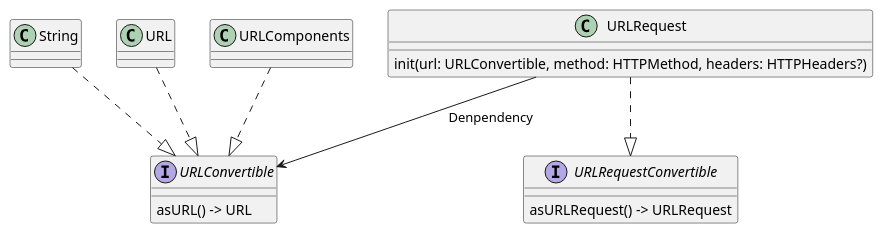
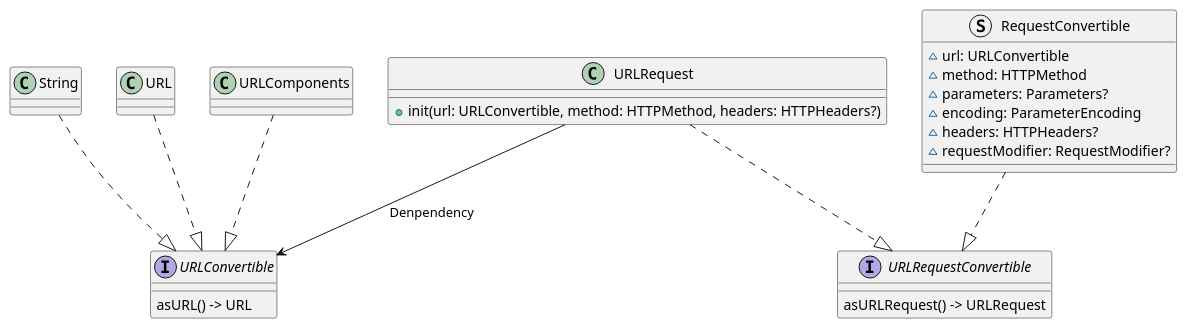
One commit to Huang-Libo/Notebook changed the diagram in Diagram/Alamofire/Alamofire-URLRequestConvertible.puml. Above: the diagram before and after it, drawn with PlantUML.

```diff
--- a/Diagram/Alamofire/Alamofire-URLRequestConvertible.puml
+++ b/Diagram/Alamofire/Alamofire-URLRequestConvertible.puml
@@ -1,24 +1,37 @@
 @startuml Alamofire-URLConvertible
 
 ' 1. URLConvertible
 interface URLConvertible {
     asURL() -> URL
 }
 
 String ..|> URLConvertible
 URL ..|> URLConvertible
 URLComponents ..|> URLConvertible
 
 ' 2. URLRequestConvertible
 interface URLRequestConvertible {
     asURLRequest() -> URLRequest
 }
 
 class URLRequest {
-    init(url: URLConvertible, method: HTTPMethod, headers: HTTPHeaders?)
+    + init(url: URLConvertible, method: HTTPMethod, headers: HTTPHeaders?)
 }
 
 URLRequest ..|> URLRequestConvertible
 URLRequest --> URLConvertible: Denpendency
 
+' 3
+struct RequestConvertible {
+    ~ url: URLConvertible
+    ~ method: HTTPMethod
+    ~ parameters: Parameters?
+    ~ encoding: ParameterEncoding
+    ~ headers: HTTPHeaders?
+    ~ requestModifier: RequestModifier?
+}
+
+RequestConvertible ..|> URLRequestConvertible
+
+
 @enduml
```
